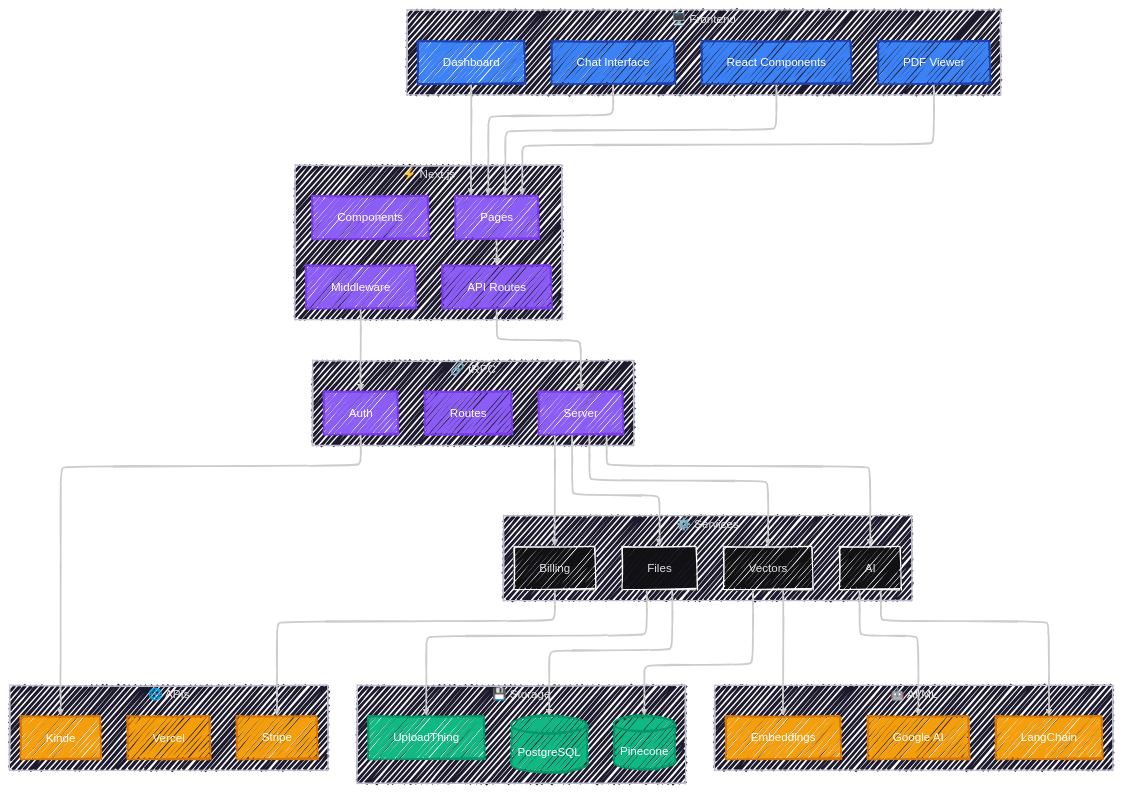
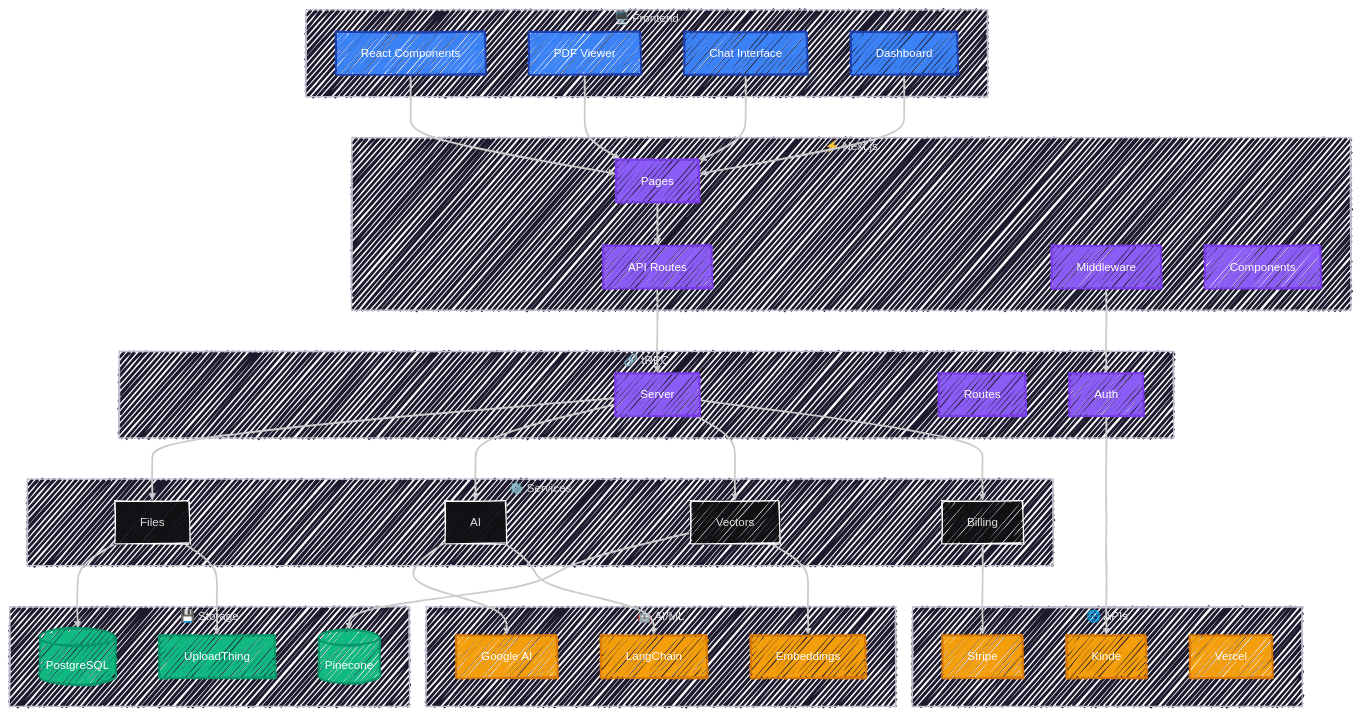
One commit to pra9711/lexinote changed the first of 2 diagrams in README.md. Above: the diagram before and after it, drawn with Mermaid. The commit also changed other lines of this file, not shown here.

````diff
--- a/README.md
+++ b/README.md
@@ -232,7 +232,7 @@
 ```mermaid
 ---
 config:
-  layout: elk
+  layout: dagre
   look: handDrawn
   theme: redux-dark
   themeVariables: {}
````
